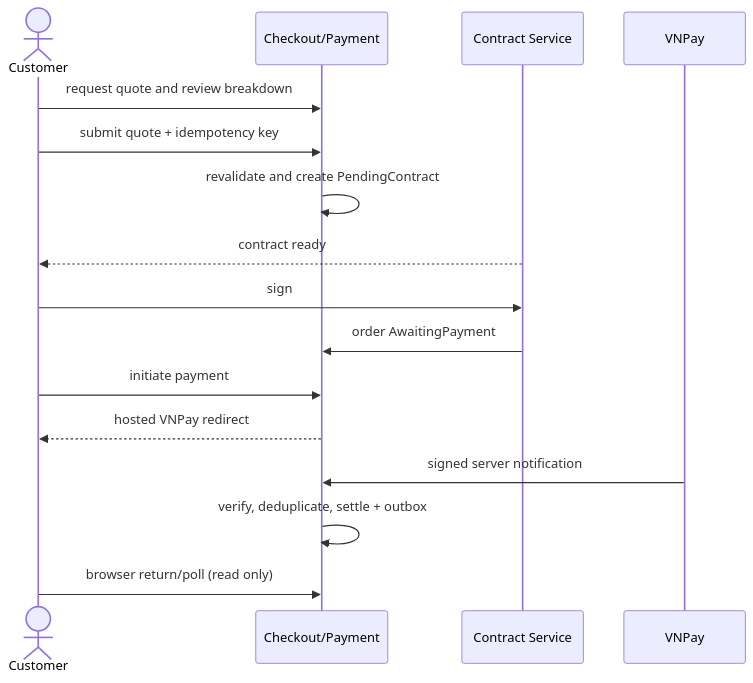
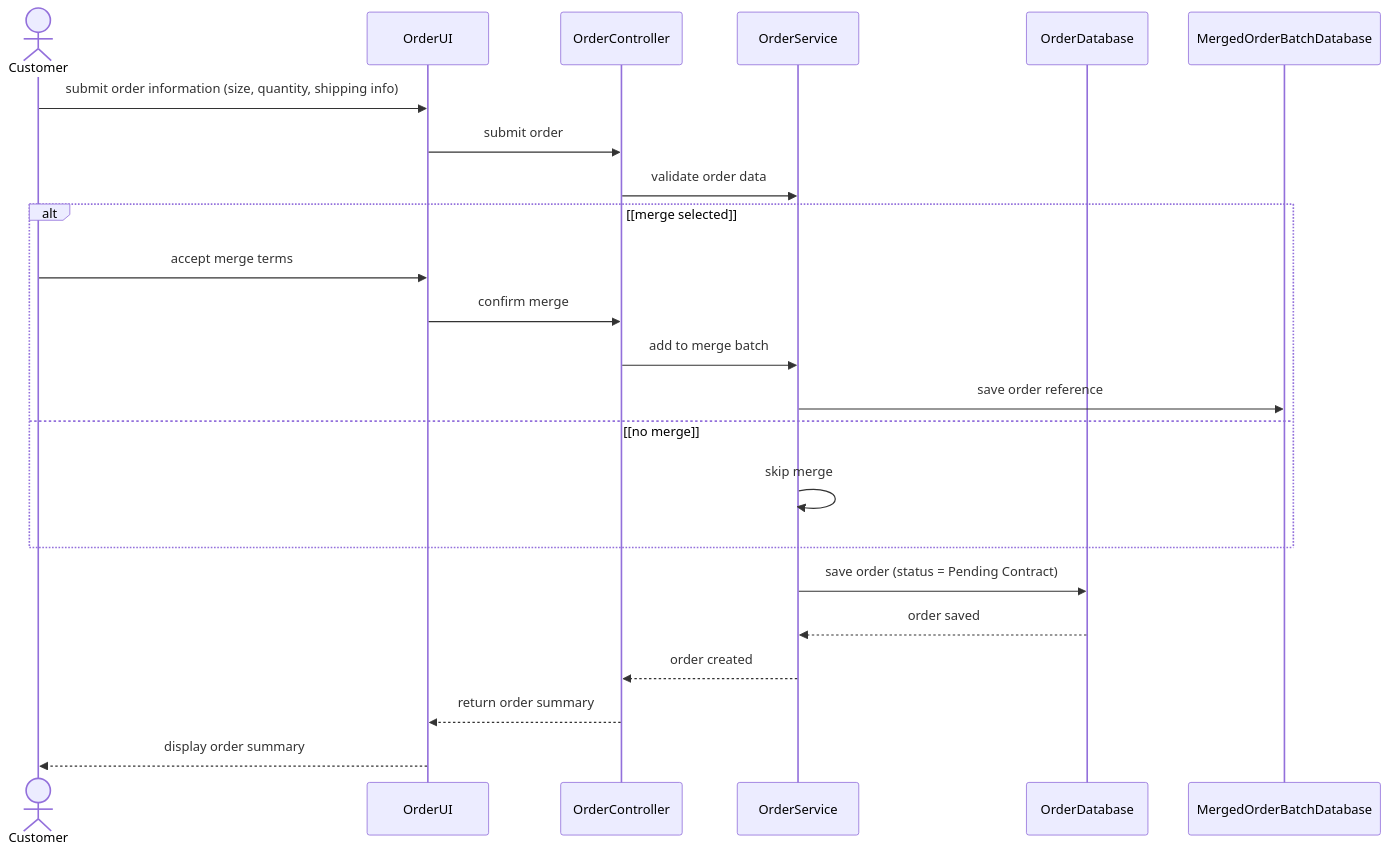
The second of 3 diagrams in specs/spec-MFG-06.md (ankhanhwork/weavelink-project), drawn with Mermaid before and after one commit. The commit also changed other lines of this file and 12 other files, not shown here.

````diff
--- a/specs/spec-MFG-06.md
+++ b/specs/spec-MFG-06.md
@@ -73,18 +75,26 @@
 ```mermaid
 sequenceDiagram
-  actor C as Customer
-  participant W as Checkout/Payment
-  participant K as Contract Service
-  participant V as VNPay
-  C->>W: request quote and review breakdown
-  C->>W: submit quote + idempotency key
-  W->>W: revalidate and create PendingContract
-  K-->>C: contract ready
-  C->>K: sign
-  K->>W: order AwaitingPayment
-  C->>W: initiate payment
-  W-->>C: hosted VNPay redirect
-  V->>W: signed server notification
-  W->>W: verify, deduplicate, settle + outbox
-  C->>W: browser return/poll (read only)
+    actor Customer
+    participant OrderUI
+    participant OrderController
+    participant OrderService
+    participant OrderDatabase
+    participant MergedOrderBatchDatabase
+
+    Customer->>OrderUI: submit order information (size, quantity, shipping info)
+    OrderUI->>OrderController: submit order
+    OrderController->>OrderService: validate order data
+    alt [merge selected]
+        Customer->>OrderUI: accept merge terms
+        OrderUI->>OrderController: confirm merge
+        OrderController->>OrderService: add to merge batch
+        OrderService->>MergedOrderBatchDatabase: save order reference
+    else [no merge]
+        OrderService->>OrderService: skip merge
+    end
+    OrderService->>OrderDatabase: save order (status = Pending Contract)
+    OrderDatabase-->>OrderService: order saved
+    OrderService-->>OrderController: order created
+    OrderController-->>OrderUI: return order summary
+    OrderUI-->>Customer: display order summary
 ```
````
